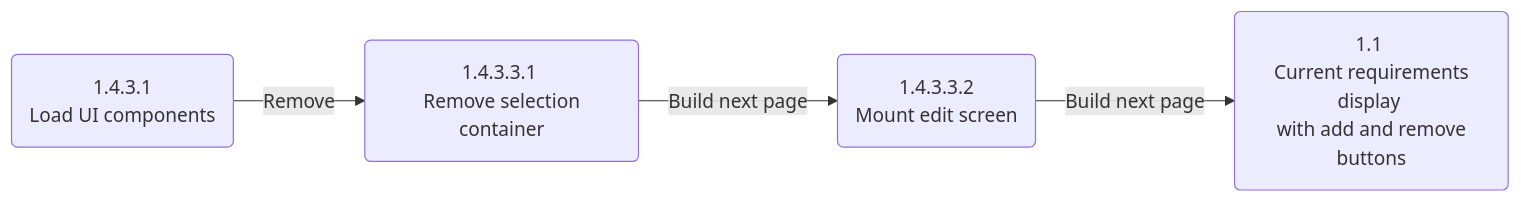
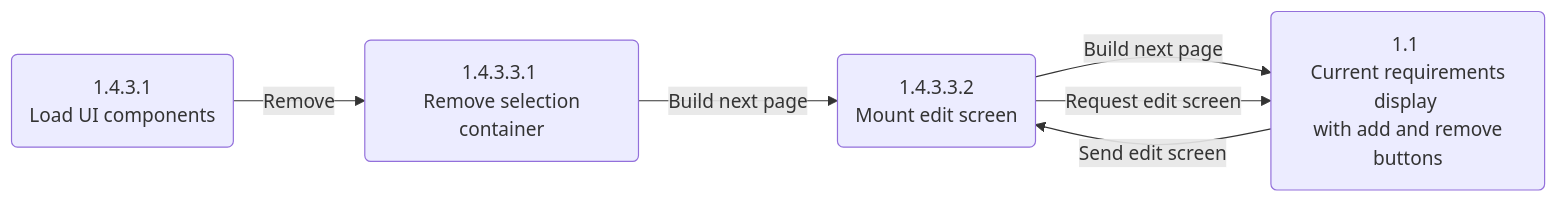
Diagram 20 of 34 in System Proposal Template.md (chengeu25/eNorthernPike), drawn with Mermaid before and after one commit. The commit also changed other lines of this file, not shown here.

````diff
--- a/System Proposal Template.md
+++ b/System Proposal Template.md
@@ -861,12 +1138,14 @@
 ```mermaid
 flowchart LR
 
 1.4.3.1(1.4.3.1 \n Load UI components)
 1.1(1.1 \n Current requirements display \n with add and remove buttons)
 1.4.3.3.1(1.4.3.3.1 \n Remove selection container)
 1.4.3.3.2(1.4.3.3.2 \n Mount edit screen)
 
 1.4.3.1 --Remove--> 1.4.3.3.1
 1.4.3.3.1 --Build next page--> 1.4.3.3.2
 1.4.3.3.2 --Build next page--> 1.1
+1.4.3.3.2 --Request edit screen--> 1.1
+1.1 --Send edit screen--> 1.4.3.3.2
 ```
````
